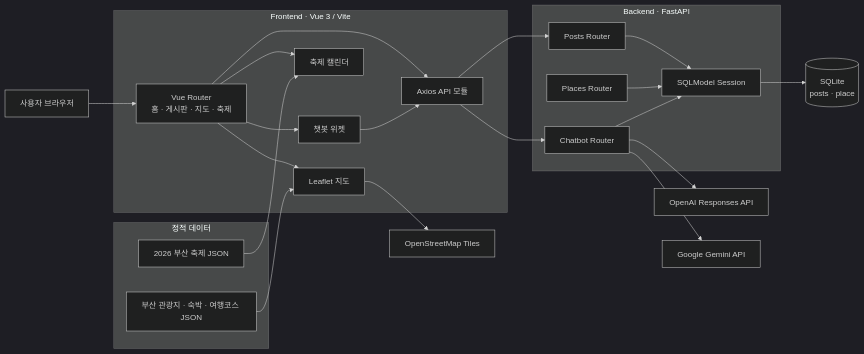
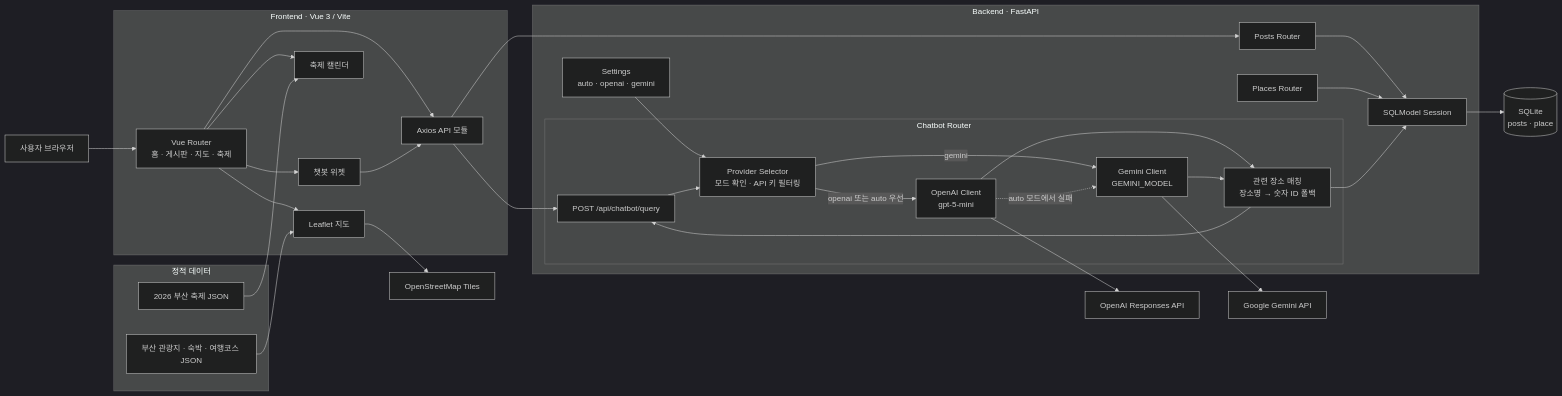
Before and after one commit to oneul0/localhub: the first of 2 diagrams in README.md, drawn with Mermaid (dark theme). The commit also changed other lines of this file, not shown here.

Commit message:
docs: 챗봇 공급자 아키텍처 최신화
OpenAI 우선 호출과 Gemini 폴백 흐름, 장소 매칭 과정을 README에 반영한다.

````diff
--- a/README.md
+++ b/README.md
@@ -84,47 +84,64 @@
 ```mermaid
 flowchart LR
     U["사용자 브라우저"]
 
     subgraph FE["Frontend · Vue 3 / Vite"]
         R["Vue Router<br/>홈 · 게시판 · 지도 · 축제"]
         A["Axios API 모듈"]
         M["Leaflet 지도"]
         C["축제 캘린더"]
         W["챗봇 위젯"]
     end
 
     subgraph DATA["정적 데이터"]
         J["부산 관광지 · 숙박 · 여행코스 JSON"]
         F["2026 부산 축제 JSON"]
     end
 
     subgraph BE["Backend · FastAPI"]
         P["Posts Router"]
         L["Places Router"]
-        B["Chatbot Router"]
+
+        subgraph CHAT["Chatbot Router"]
+            B["POST /api/chatbot/query"]
+            PS["Provider Selector<br/>모드 확인 · API 키 필터링"]
+            OC["OpenAI Client<br/>gpt-5-mini"]
+            GC["Gemini Client<br/>GEMINI_MODEL"]
+            PM["관련 장소 매칭<br/>장소명 → 숫자 ID 폴백"]
+        end
+
+        CFG["Settings<br/>auto · openai · gemini"]
         S["SQLModel Session"]
     end
 
     DB[("SQLite<br/>posts · place")]
     OA["OpenAI Responses API"]
     G["Google Gemini API"]
     O["OpenStreetMap Tiles"]
 
     U --> R
     R --> A
     R --> M
     R --> C
     R --> W
     J --> M
     F --> C
     A --> P
     W --> A
     A --> B
     P --> S
     L --> S
-    B --> S
     S --> DB
-    B --> OA
-    B --> G
+    CFG --> PS
+    B --> PS
+    PS -->|"openai 또는 auto 우선"| OC
+    PS -->|"gemini"| GC
+    OC --> OA
+    OC -. "auto 모드에서 실패" .-> GC
+    GC --> G
+    OC --> PM
+    GC --> PM
+    PM --> S
+    PM --> B
     M --> O
 ```
````
